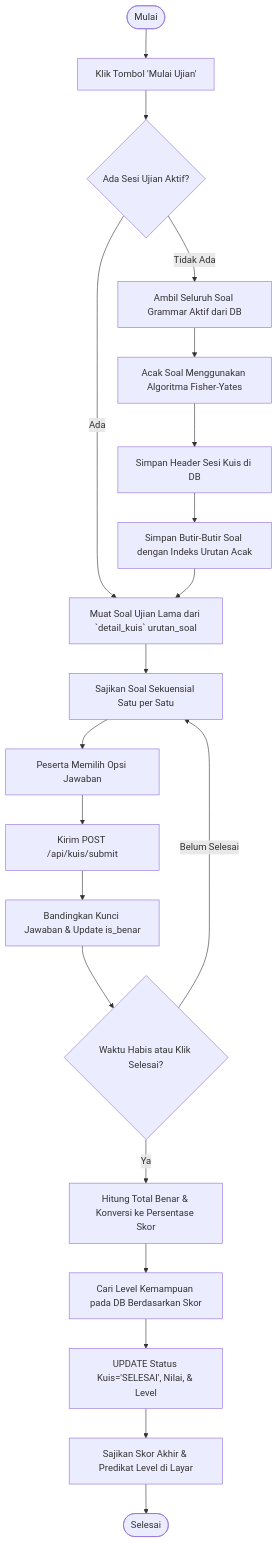
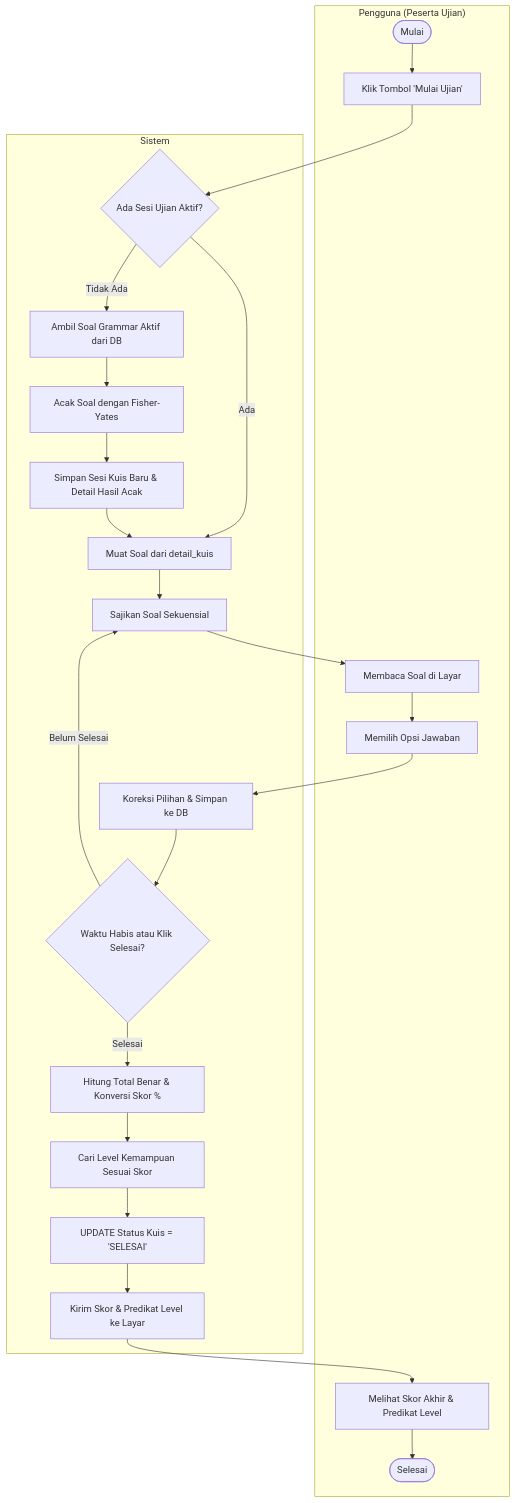
The fifth of 10 diagrams in docs/dokumentasi_sistem_dan_diagram.md (fikriks/quiz-shift-web), drawn with Mermaid before and after one commit. The commit also changed other lines of this file and 2 other files, not shown here.

Commit message:
refactor: update system documentation and diagrams to refine actor-system interaction flows

````diff
--- a/docs/dokumentasi_sistem_dan_diagram.md
+++ b/docs/dokumentasi_sistem_dan_diagram.md
@@ -378,29 +393,35 @@
 ```mermaid
 flowchart TD
-    Mulai([Mulai]) --> KlikMulai[Klik Tombol 'Mulai Ujian']
-    KlikMulai --> CekSesiAktif{Ada Sesi Ujian Aktif?}
-    
-    %% Load Sesi Lama
-    CekSesiAktif -- Ada --> AmbilDetailSesiLama[Muat Soal Ujian Lama dari `detail_kuis` urutan_soal]
-    
-    %% Inisiasi Ujian Baru
-    CekSesiAktif -- Tidak Ada --> AmbilSoalAktif[Ambil Seluruh Soal Grammar Aktif dari DB]
-    AmbilSoalAktif --> TerapkanShuffle[Acak Soal Menggunakan Algoritma Fisher-Yates]
-    TerapkanShuffle --> SimpanKuisBaru[Simpan Header Sesi Kuis di DB]
-    SimpanKuisBaru --> SimpanDetailAcak[Simpan Butir-Butir Soal dengan Indeks Urutan Acak]
-    SimpanDetailAcak --> AmbilDetailSesiLama
-    
-    %% Siklus Pengerjaan Soal
-    AmbilDetailSesiLama --> SajikanSoal[Sajikan Soal Sekuensial Satu per Satu]
-    SajikanSoal --> JawabSoal[Peserta Memilih Opsi Jawaban]
-    JawabSoal --> SimpanJawaban[Kirim POST /api/kuis/submit]
-    SimpanJawaban --> KoreksiJawaban[Bandingkan Kunci Jawaban & Update is_benar]
-    KoreksiJawaban --> CekWaktuSelesai{Waktu Habis atau Klik Selesai?}
-    
-    CekWaktuSelesai -- Belum Selesai --> SajikanSoal
-    CekWaktuSelesai -- Ya --> HitungSkor[Hitung Total Benar & Konversi ke Persentase Skor]
-    HitungSkor --> CocokkanLevel[Cari Level Kemampuan pada DB Berdasarkan Skor]
-    CocokkanLevel --> UpdateSesiKuis[UPDATE Status Kuis='SELESAI', Nilai, & Level]
-    UpdateSesiKuis --> TampilkanSkorAkhir[Sajikan Skor Akhir & Predikat Level di Layar]
-    TampilkanSkorAkhir --> Akhir([Selesai])
+    subgraph Pengguna ["Pengguna (Peserta Ujian)"]
+        Mulai([Mulai]) --> KlikMulai[Klik Tombol 'Mulai Ujian']
+        MembacaSoal[Membaca Soal di Layar] --> JawabSoal[Memilih Opsi Jawaban]
+        MelihatHasil[Melihat Skor Akhir & Predikat Level] --> Akhir([Selesai])
+    end
+
+    subgraph Sistem ["Sistem"]
+        KlikMulai --> CekSesiAktif{Ada Sesi Ujian Aktif?}
+        
+        %% Sesi Aktif
+        CekSesiAktif -- Ada --> AmbilDetailSesiLama[Muat Soal dari detail_kuis]
+        
+        %% Sesi Baru
+        CekSesiAktif -- Tidak Ada --> AmbilSoalAktif[Ambil Soal Grammar Aktif dari DB]
+        AmbilSoalAktif --> TerapkanShuffle[Acak Soal dengan Fisher-Yates]
+        TerapkanShuffle --> SimpanKuisBaru[Simpan Sesi Kuis Baru & Detail Hasil Acak]
+        SimpanKuisBaru --> AmbilDetailSesiLama
+        
+        %% Pengerjaan
+        AmbilDetailSesiLama --> SajikanSoal[Sajikan Soal Sekuensial]
+        SajikanSoal --> MembacaSoal
+        JawabSoal --> SimpanJawaban[Koreksi Pilihan & Simpan ke DB]
+        SimpanJawaban --> CekWaktuSelesai{Waktu Habis atau Klik Selesai?}
+        
+        CekWaktuSelesai -- Belum Selesai --> SajikanSoal
+        CekWaktuSelesai -- Selesai --> HitungSkor[Hitung Total Benar & Konversi Skor %]
+        
+        HitungSkor --> CocokkanLevel[Cari Level Kemampuan Sesuai Skor]
+        CocokkanLevel --> UpdateSesiKuis[UPDATE Status Kuis = 'SELESAI']
+        UpdateSesiKuis --> TampilkanSkorAkhir[Kirim Skor & Predikat Level ke Layar]
+        TampilkanSkorAkhir --> MelihatHasil
+    end
 ```
````
